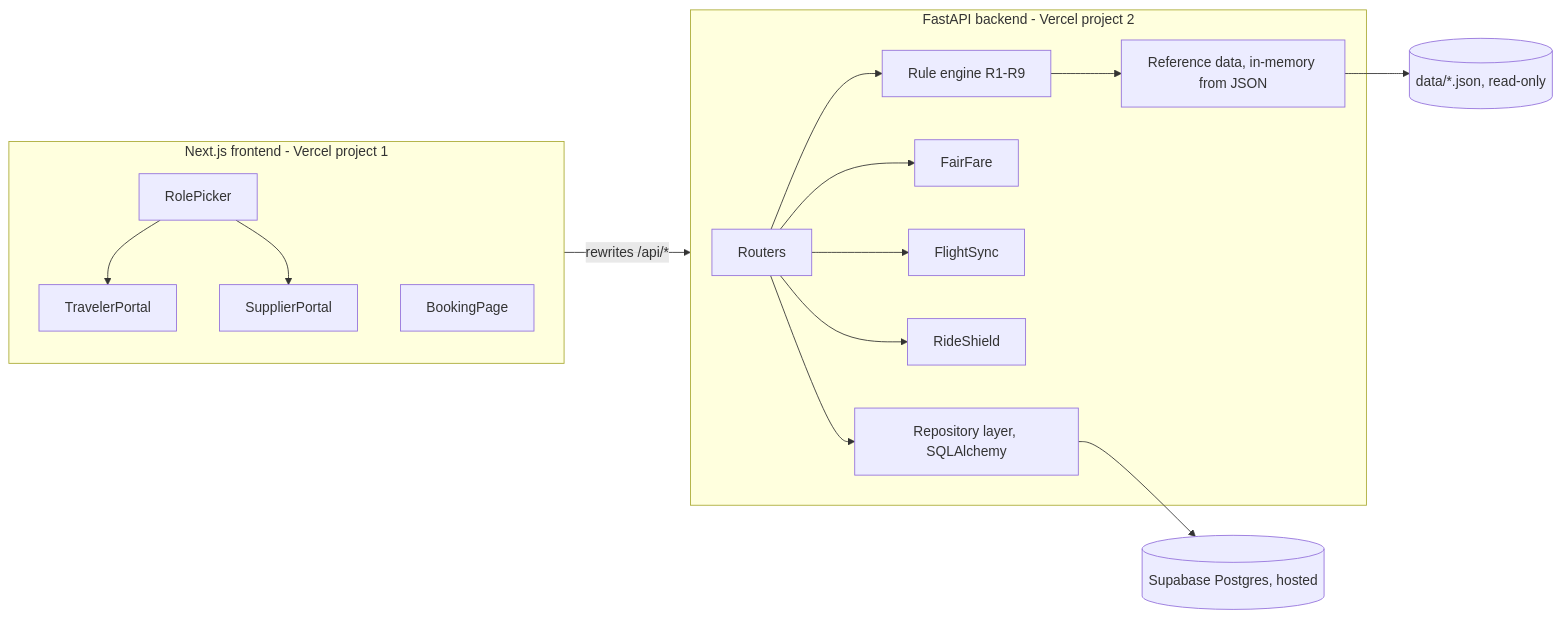
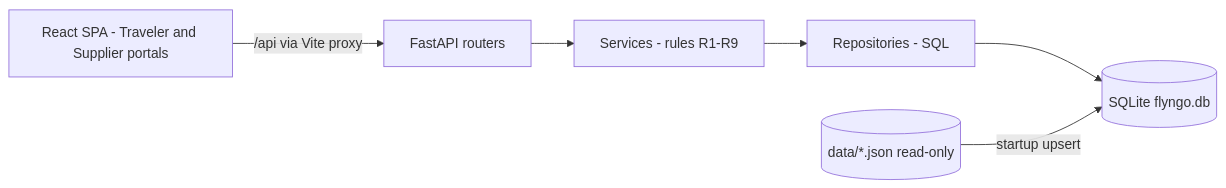
One commit to Adit-Jain-srm/FlyNGo changed the diagram in .cursor/plans/flyngo_sprint_plan_30df3d38.plan.md. Above: the diagram before and after it, drawn with Mermaid. The commit also changed other lines of this file and 1 other file, not shown here.

````diff
--- a/.cursor/plans/flyngo_sprint_plan_30df3d38.plan.md
+++ b/.cursor/plans/flyngo_sprint_plan_30df3d38.plan.md
@@ -46,19 +68,8 @@
 ```mermaid
 flowchart LR
-  subgraph web [Next.js frontend - Vercel project 1]
-    RolePicker --> TravelerPortal
-    RolePicker --> SupplierPortal
-    BookingPage
-  end
-  web -->|"rewrites /api/*"| api
-  subgraph api [FastAPI backend - Vercel project 2]
-    Routers --> RuleEngine["Rule engine R1-R9"]
-    Routers --> FairFare
-    Routers --> FlightSync
-    Routers --> RideShield
-    RuleEngine --> RefData["Reference data, in-memory from JSON"]
-    Routers --> Repo["Repository layer, SQLAlchemy"]
-  end
-  Repo --> PG[("Supabase Postgres, hosted")]
-  RefData --> Files[("data/*.json, read-only")]
+  ui["React SPA - Traveler and Supplier portals"] -->|"/api via Vite proxy"| api[FastAPI routers]
+  api --> svc["Services - rules R1-R9"]
+  svc --> repo["Repositories - SQL"]
+  repo --> db[("SQLite flyngo.db")]
+  files[("data/*.json read-only")] -->|"startup upsert"| db
 ```
````
